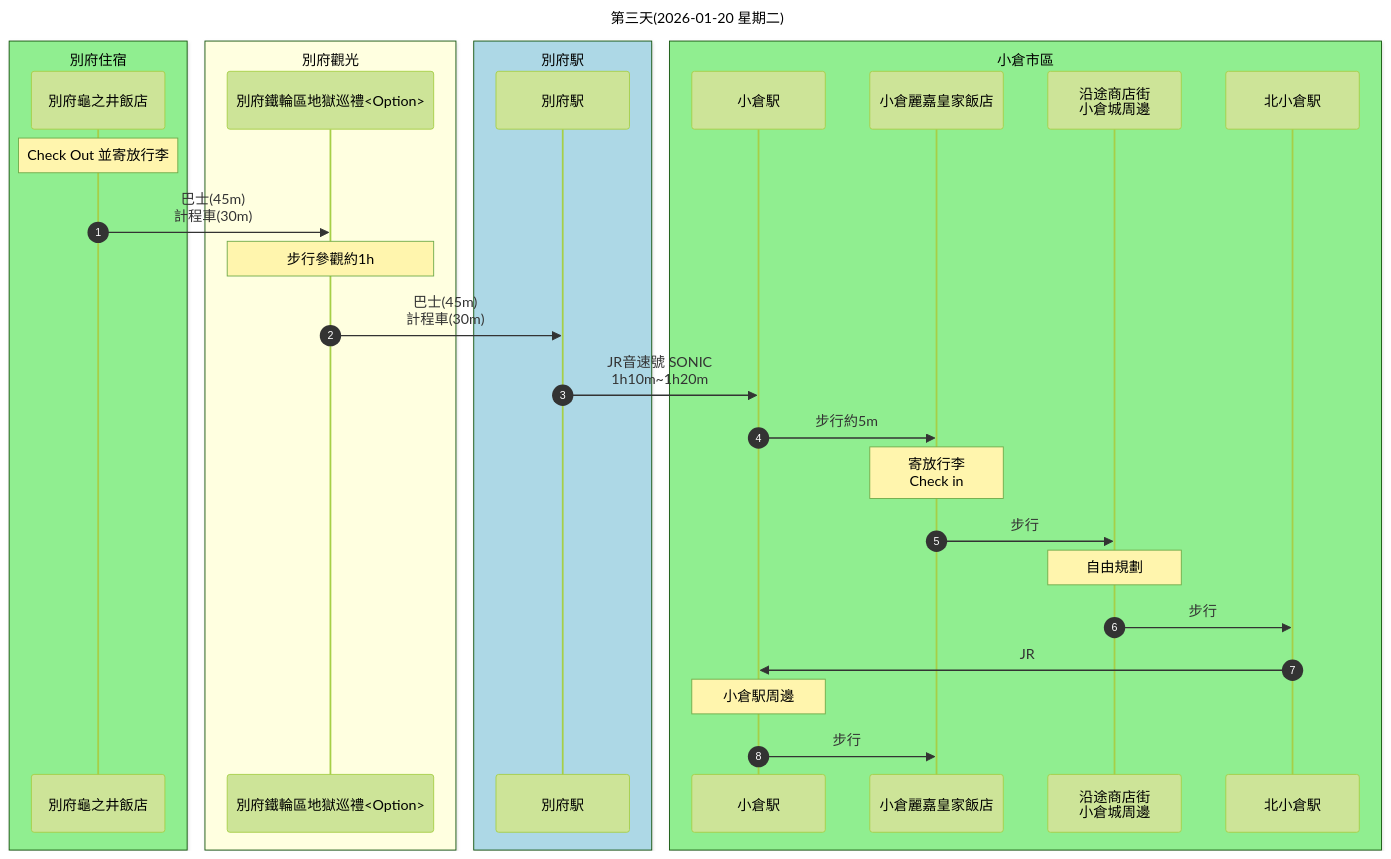
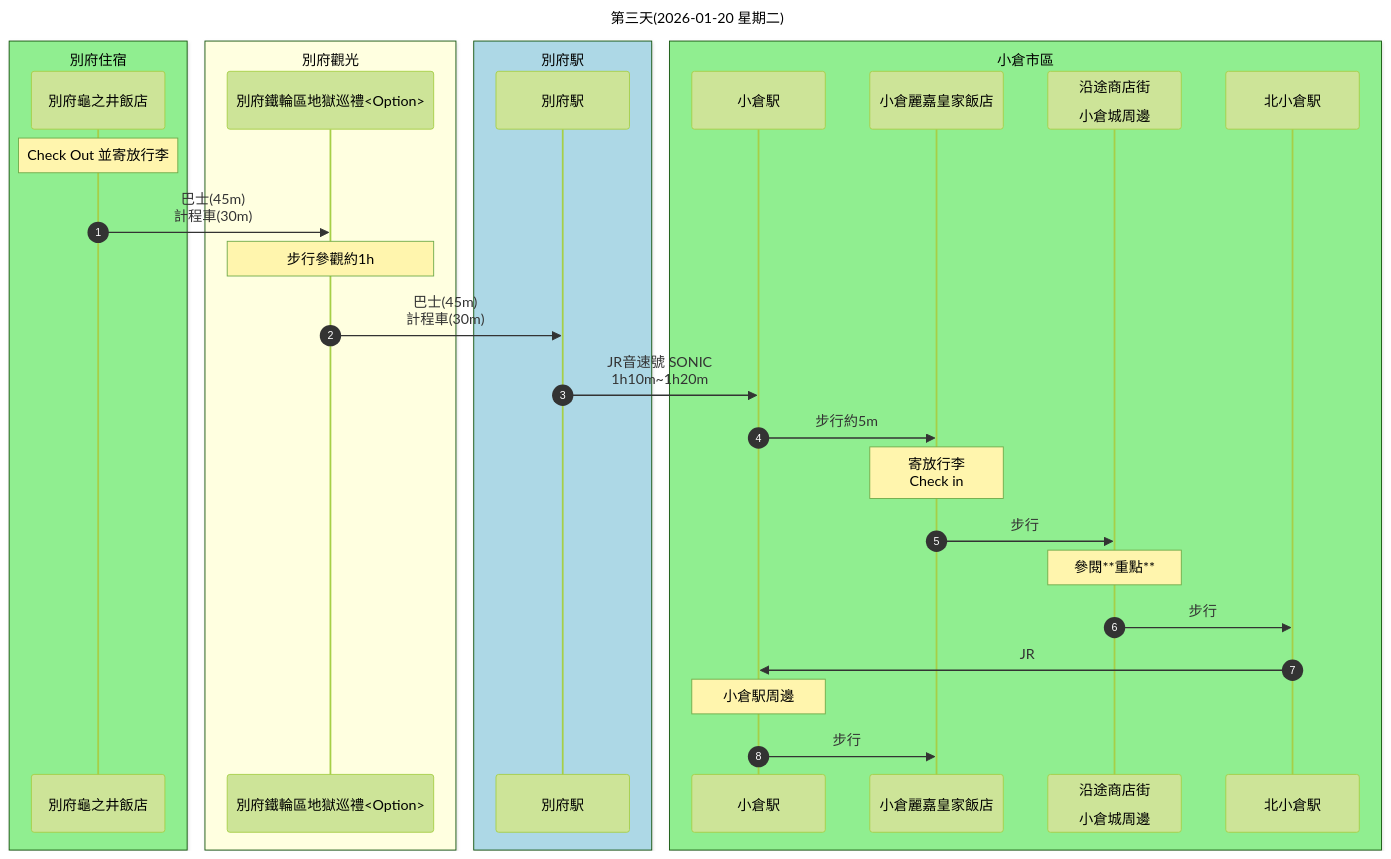
One commit to Shuming-Yang/2026-January-Trip changed the third of 6 diagrams in 行程規劃A.md. Above: the diagram before and after it, drawn with Mermaid (forest theme).

````diff
--- a/行程規劃A.md
+++ b/行程規劃A.md
@@ -116,34 +116,34 @@
 ```mermaid
 sequenceDiagram
     autonumber
     title: 第三天(2026-01-20 星期二)
     box lightgreen 別府住宿
     participant A as 別府龜之井飯店
     end
     box lightyellow 別府觀光
     participant B as 別府鐵輪區地獄巡禮<Option>
     end
     box lightblue 別府駅
     participant C as 別府駅
     end
     box lightgreen 小倉市區
     participant D as 小倉駅
     participant E as 小倉麗嘉皇家飯店
-    participant F as 沿途商店街<br>小倉城周邊
+    participant F as 沿途商店街<br><br>小倉城周邊
     participant G as 北小倉駅
     end
     Note over A: Check Out 並寄放行李
     A ->> B: 巴士(45m)<br>計程車(30m)
     Note over B: 步行參觀約1h
     B ->> C: 巴士(45m)<br>計程車(30m)
     C ->> D: JR音速號 SONIC<br>1h10m~1h20m
     D ->> E: 步行約5m
     Note over E: 寄放行李<br>Check in
     E ->> F: 步行
-    Note over F: 自由規劃
+    Note over F: 參閱**重點**
     F ->> G: 步行
     G ->> D: JR
     Note over D: 小倉駅周邊
     D ->> E: 步行
 
 ```
````
